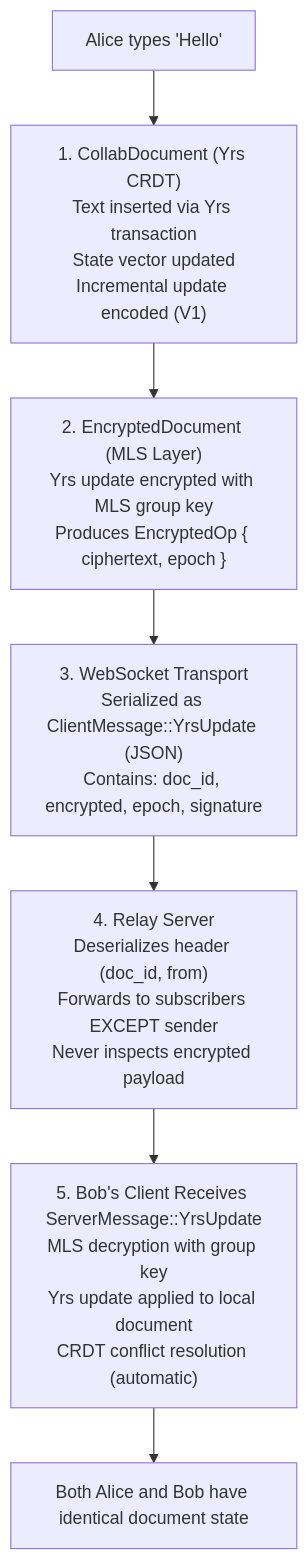
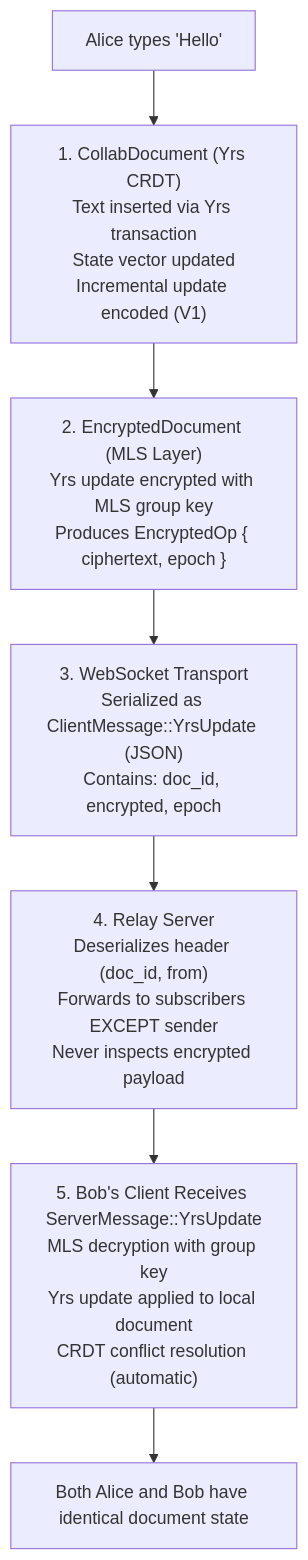
Before and after one commit to cajias/obsidian-ee: the second of 7 diagrams in docs/architecture.md, drawn with Mermaid. The commit also changed other lines of this file and 16 other files, not shown here.

````diff
--- a/docs/architecture.md
+++ b/docs/architecture.md
@@ -42,9 +42,9 @@
 ```mermaid
 flowchart TD
     A["Alice types 'Hello'"] --> B["1. CollabDocument (Yrs CRDT)<br/>Text inserted via Yrs transaction<br/>State vector updated<br/>Incremental update encoded (V1)"]
     B --> C["2. EncryptedDocument (MLS Layer)<br/>Yrs update encrypted with MLS group key<br/>Produces EncryptedOp { ciphertext, epoch }"]
-    C --> D["3. WebSocket Transport<br/>Serialized as ClientMessage::YrsUpdate (JSON)<br/>Contains: doc_id, encrypted, epoch, signature"]
+    C --> D["3. WebSocket Transport<br/>Serialized as ClientMessage::YrsUpdate (JSON)<br/>Contains: doc_id, encrypted, epoch"]
     D --> E["4. Relay Server<br/>Deserializes header (doc_id, from)<br/>Forwards to subscribers EXCEPT sender<br/>Never inspects encrypted payload"]
     E --> F["5. Bob's Client Receives ServerMessage::YrsUpdate<br/>MLS decryption with group key<br/>Yrs update applied to local document<br/>CRDT conflict resolution (automatic)"]
     F --> G["Both Alice and Bob have identical document state"]
 ```
````
